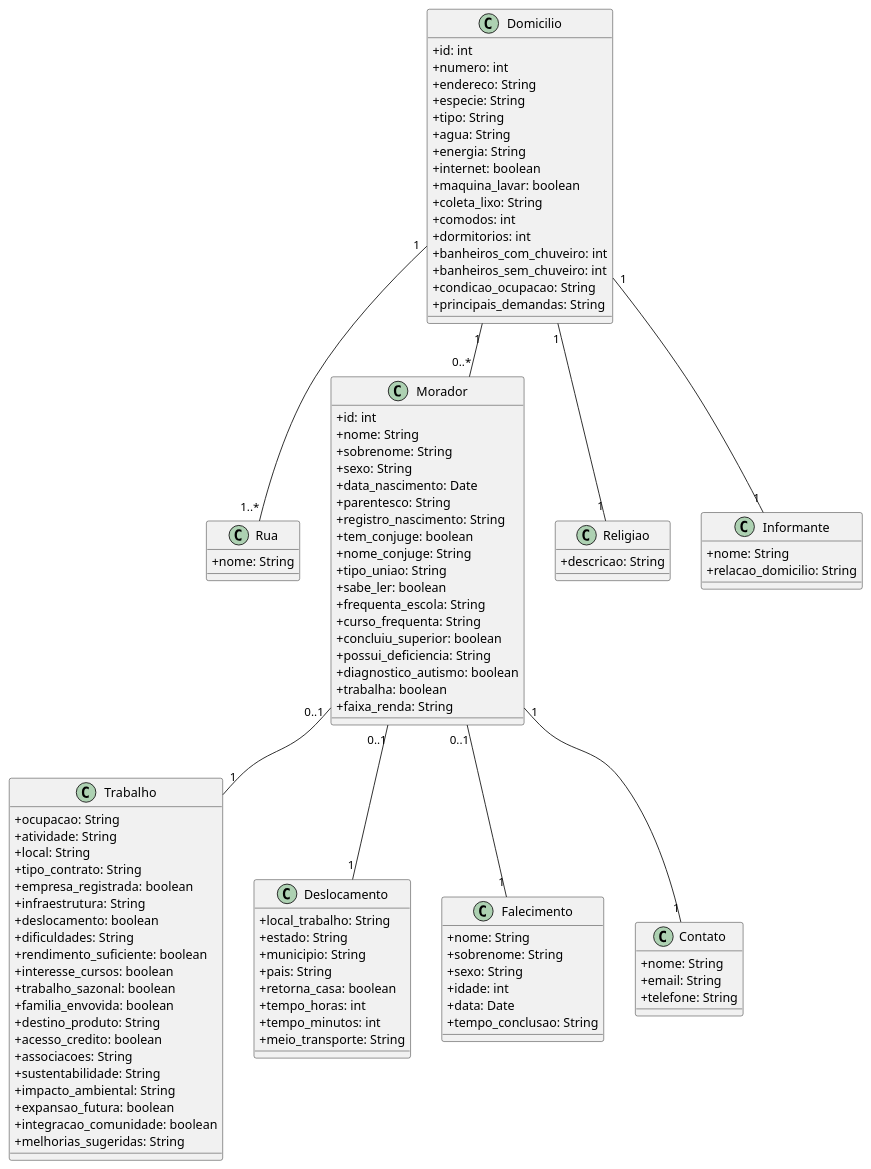
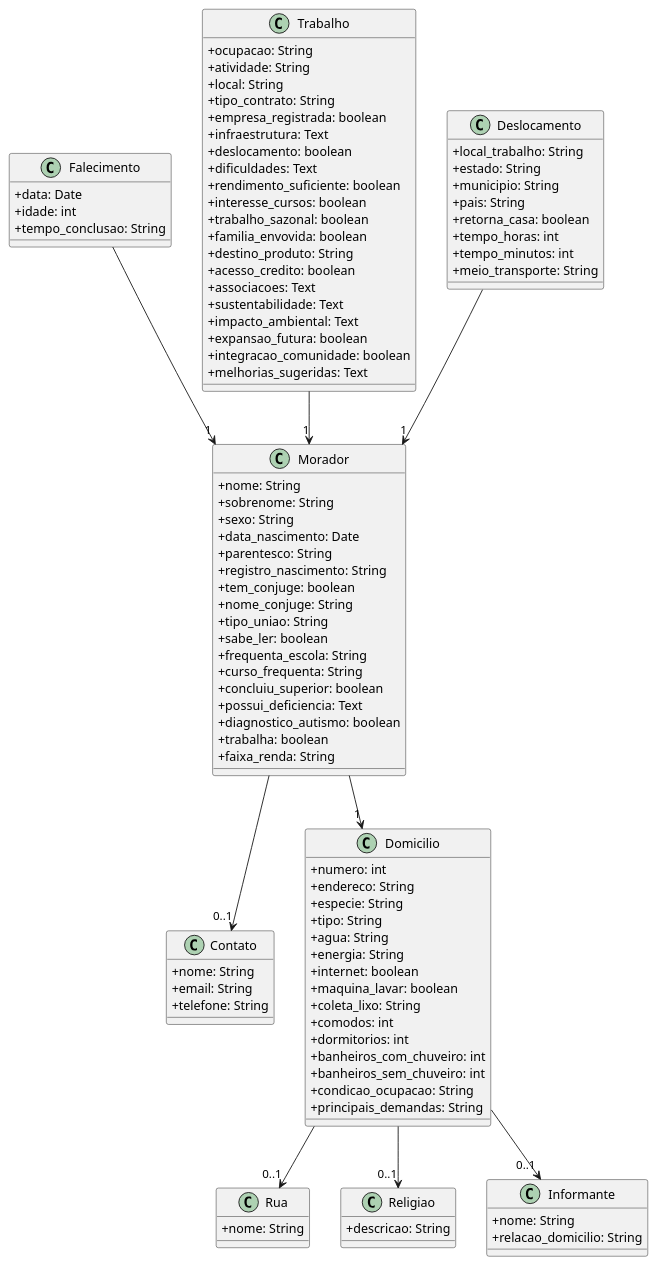
Before and after one commit to Projetos-de-Extensao/PBE_ADS_25.1_8001_II: the diagram in docs/__Elaboração/DiagramaDeClasses.md, drawn with PlantUML.

```diff
--- a/docs/__Elaboração/DiagramaDeClasses.md
+++ b/docs/__Elaboração/DiagramaDeClasses.md
@@ -1,8 +1,26 @@
 @startuml
 skinparam classAttributeIconSize 0
 
+class Rua {
+  +nome: String
+}
+
+class Religiao {
+  +descricao: String
+}
+
+class Informante {
+  +nome: String
+  +relacao_domicilio: String
+}
+
+class Contato {
+  +nome: String
+  +email: String
+  +telefone: String
+}
+
 class Domicilio {
-  +id: int
   +numero: int
   +endereco: String
   +especie: String
@@ -20,12 +38,7 @@
   +principais_demandas: String
 }
 
-class Rua {
-  +nome: String
-}
-
 class Morador {
-  +id: int
   +nome: String
   +sobrenome: String
   +sexo: String
@@ -39,10 +52,16 @@
   +frequenta_escola: String
   +curso_frequenta: String
   +concluiu_superior: boolean
-  +possui_deficiencia: String
+  +possui_deficiencia: Text
   +diagnostico_autismo: boolean
   +trabalha: boolean
   +faixa_renda: String
+}
+
+class Falecimento {
+  +data: Date
+  +idade: int
+  +tempo_conclusao: String
 }
 
 class Trabalho {
@@ -51,21 +70,21 @@
   +local: String
   +tipo_contrato: String
   +empresa_registrada: boolean
-  +infraestrutura: String
+  +infraestrutura: Text
   +deslocamento: boolean
-  +dificuldades: String
+  +dificuldades: Text
   +rendimento_suficiente: boolean
   +interesse_cursos: boolean
   +trabalho_sazonal: boolean
   +familia_envovida: boolean
   +destino_produto: String
   +acesso_credito: boolean
-  +associacoes: String
-  +sustentabilidade: String
-  +impacto_ambiental: String
+  +associacoes: Text
+  +sustentabilidade: Text
+  +impacto_ambiental: Text
   +expansao_futura: boolean
   +integracao_comunidade: boolean
-  +melhorias_sugeridas: String
+  +melhorias_sugeridas: Text
 }
 
 class Deslocamento {
@@ -79,37 +98,13 @@
   +meio_transporte: String
 }
 
-class Falecimento {
-  +nome: String
-  +sobrenome: String
-  +sexo: String
-  +idade: int
-  +data: Date
-  +tempo_conclusao: String
-}
-
-class Religiao {
-  +descricao: String
-}
-
-class Contato {
-  +nome: String
-  +email: String
-  +telefone: String
-}
-
-class Informante {
-  +nome: String
-  +relacao_domicilio: String
-}
-
-Domicilio "1" -- "0..*" Morador
-Domicilio "1" -- "1..*" Rua
-Morador "0..1" -- "1" Falecimento
-Morador "1" -- "1" Contato
-Morador "0..1" -- "1" Trabalho
-Morador "0..1" -- "1" Deslocamento
-Domicilio "1" -- "1" Religiao
-Domicilio "1" -- "1" Informante
-
+' Relacionamentos
+Domicilio --> "0..1" Rua
+Domicilio --> "0..1" Religiao
+Domicilio --> "0..1" Informante
+Morador --> "1" Domicilio
+Morador --> "0..1" Contato
+Falecimento --> "1" Morador
+Trabalho --> "1" Morador
+Deslocamento --> "1" Morador
 @enduml
```
